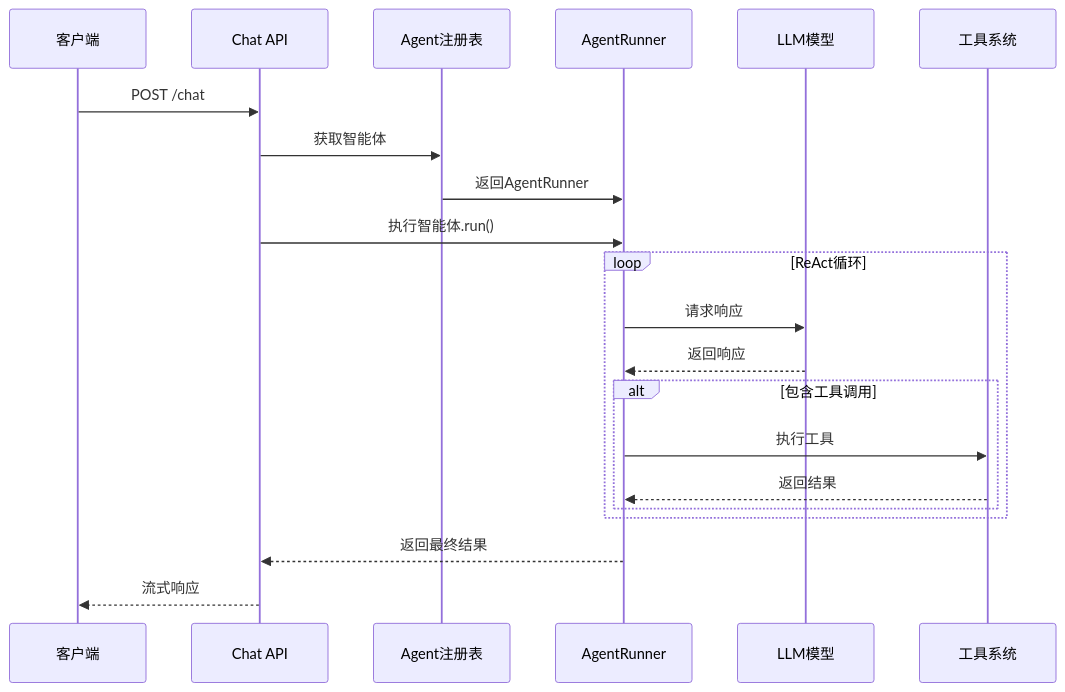
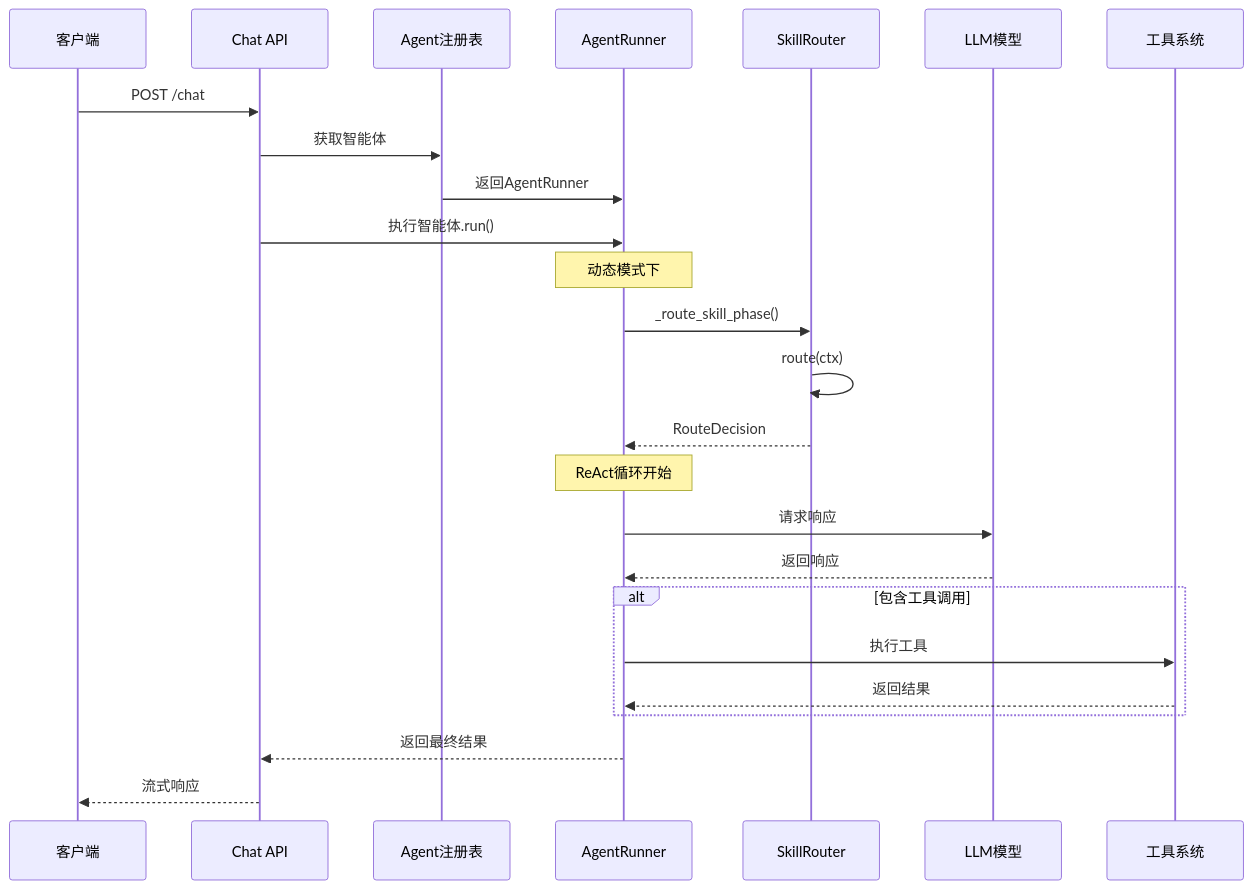
The second of 7 diagrams in repowiki/zh/content/核心框架/智能体工厂系统.md (YU-JI-KUI/ark-agentic), drawn with Mermaid before and after one commit. The commit also changed other lines of this file and 7 other files, not shown here.

````diff
--- a/repowiki/zh/content/核心框架/智能体工厂系统.md
+++ b/repowiki/zh/content/核心框架/智能体工厂系统.md
@@ -155,23 +185,27 @@
 ```mermaid
 sequenceDiagram
 participant Client as 客户端
 participant API as Chat API
 participant Registry as Agent注册表
 participant Runner as AgentRunner
+participant Router as SkillRouter
 participant LLM as LLM模型
 participant Tools as 工具系统
 Client->>API : POST /chat
 API->>Registry : 获取智能体
 Registry->>Runner : 返回AgentRunner
 API->>Runner : 执行智能体.run()
-loop ReAct循环
+Note over Runner : 动态模式下
+Runner->>Router : _route_skill_phase()
+Router->>Router : route(ctx)
+Router-->>Runner : RouteDecision
+Note over Runner : ReAct循环开始
 Runner->>LLM : 请求响应
 LLM-->>Runner : 返回响应
 alt 包含工具调用
 Runner->>Tools : 执行工具
 Tools-->>Runner : 返回结果
 end
-end
 Runner-->>API : 返回最终结果
 API-->>Client : 流式响应
 ```
````
